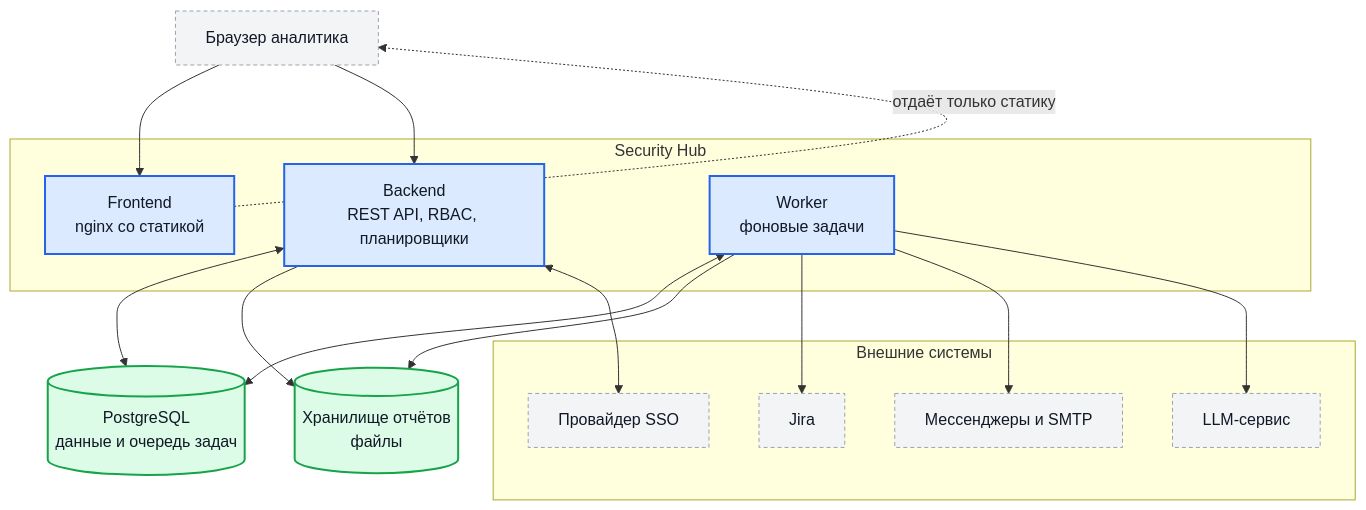
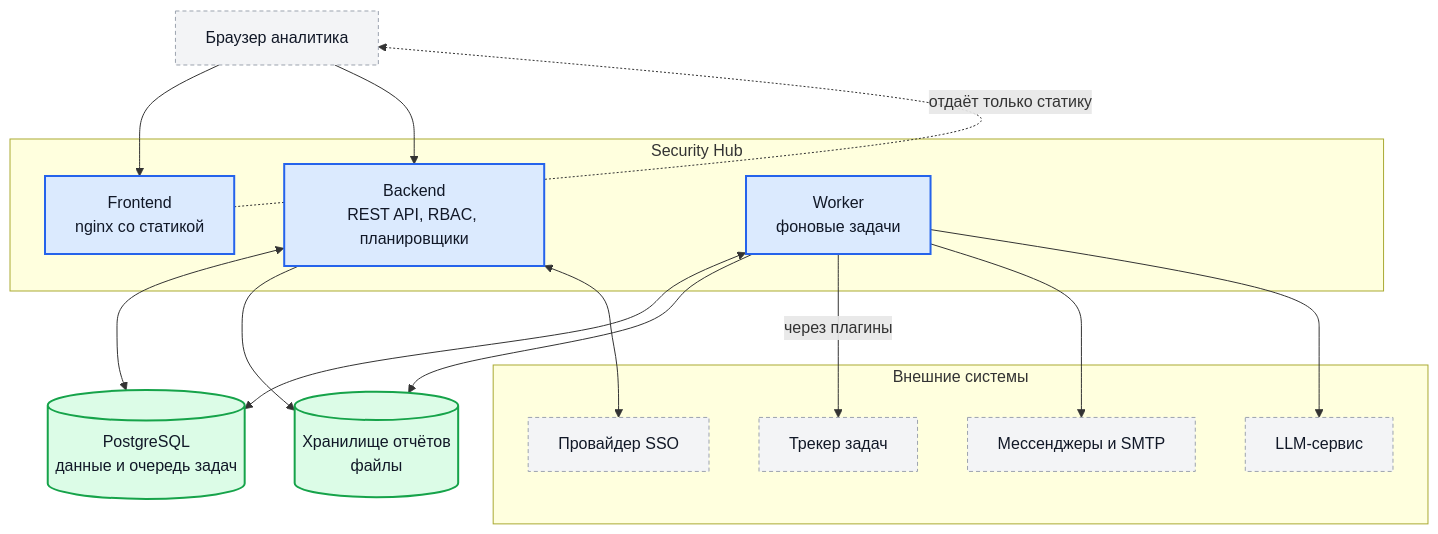
The first of 2 diagrams in docs/architecture.md (s3m4rgl/hub-docs), drawn with Mermaid before and after one commit. The commit also changed other lines of this file and 9 other files, not shown here.

````diff
--- a/docs/architecture.md
+++ b/docs/architecture.md
@@ -10,39 +10,39 @@
 ```mermaid
 flowchart TD
     Browser["Браузер аналитика"]
 
     subgraph HubBox["Security Hub"]
         Frontend["Frontend<br/>nginx со статикой"]
         Backend["Backend<br/>REST API, RBAC, планировщики"]
         Worker["Worker<br/>фоновые задачи"]
     end
 
     DB[("PostgreSQL<br/>данные и очередь задач")]
     Files[("Хранилище отчётов<br/>файлы")]
 
     subgraph ExtBox["Внешние системы"]
         IdP["Провайдер SSO"]
-        Jira["Jira"]
+        Tracker["Трекер задач"]
         Chat["Мессенджеры и SMTP"]
         LLM["LLM-сервис"]
     end
 
     Browser --> Frontend
     Browser --> Backend
     Frontend -.-> |"отдаёт только статику"| Browser
     Backend <--> DB
     Worker <--> DB
     Backend --> Files
     Worker --> Files
     Backend <--> IdP
-    Worker --> Jira
+    Worker --> |"через плагины"| Tracker
     Worker --> Chat
     Worker --> LLM
 
     classDef hub fill:#dbeafe,stroke:#2563eb,stroke-width:2px,color:#111827
     classDef ext fill:#f3f4f6,stroke:#9ca3af,stroke-width:1px,stroke-dasharray:4 3,color:#111827
     classDef store fill:#dcfce7,stroke:#16a34a,stroke-width:2px,color:#111827
     class Frontend,Backend,Worker hub
-    class IdP,Jira,Chat,LLM,Browser ext
+    class IdP,Tracker,Chat,LLM,Browser ext
     class DB,Files store
 ```
````
